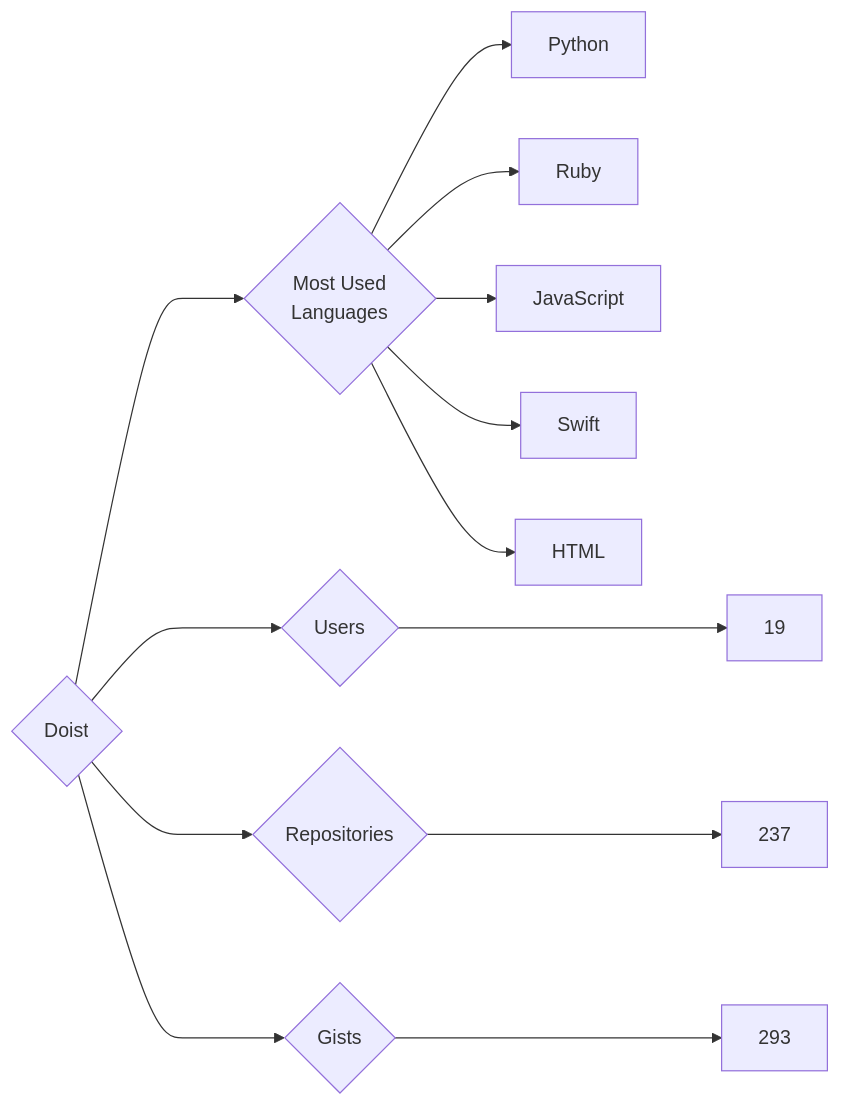
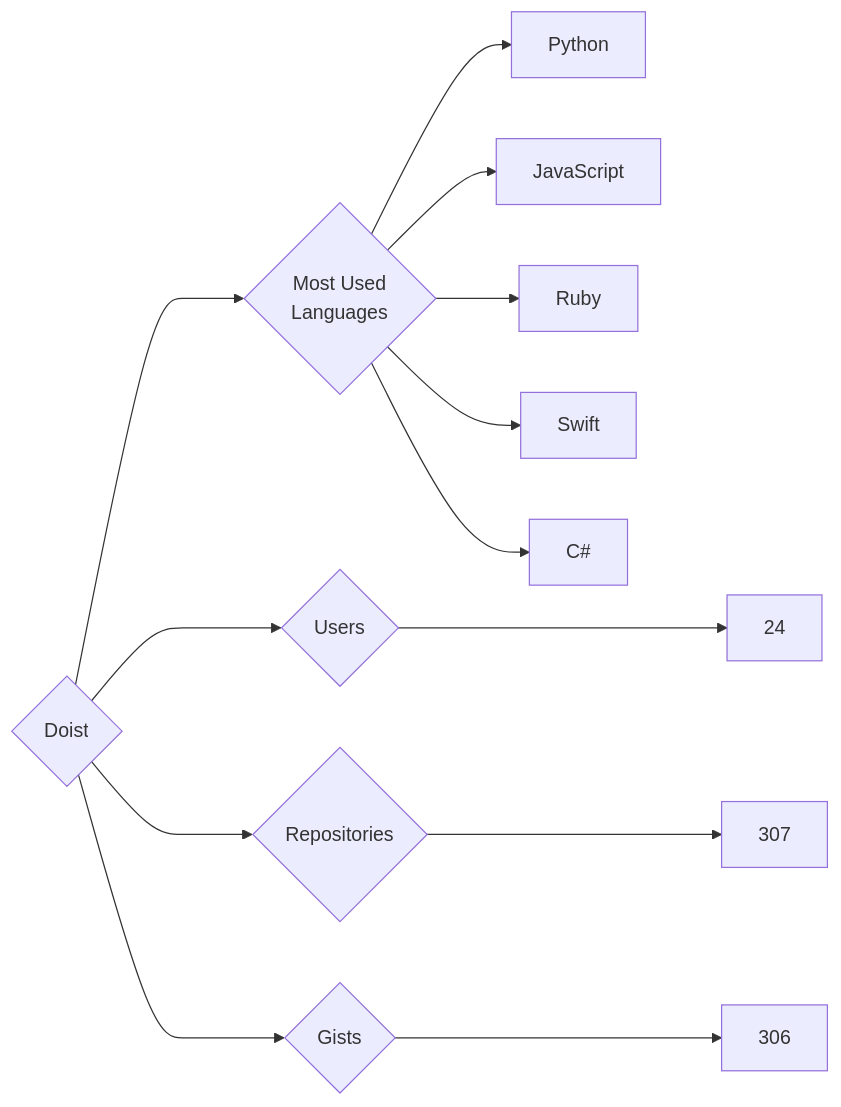
Before and after one commit to trickest/insiders: the diagram in targets/Doist/README.md, drawn with Mermaid. The commit also changed 736 other files, not shown here.

````diff
--- a/targets/Doist/README.md
+++ b/targets/Doist/README.md
@@ -3,13 +3,13 @@
 ```mermaid
 graph LR
 COMPANY_NAME{Doist}
-COMPANY_NAME ---> U{Users} ---> UN[19]
-COMPANY_NAME ---> R{Repositories} ---> RN[237]
-COMPANY_NAME ---> G{Gists} ---> GN[293]
+COMPANY_NAME ---> U{Users} ---> UN[24]
+COMPANY_NAME ---> R{Repositories} ---> RN[307]
+COMPANY_NAME ---> G{Gists} ---> GN[306]
 COMPANY_NAME ---> ML{Most Used<br>Languages}
 ML --> Python[Python]
+ML --> JavaScript[JavaScript]
 ML --> Ruby[Ruby]
-ML --> JavaScript[JavaScript]
 ML --> Swift[Swift]
-ML --> HTML[HTML]
+ML --> C#[C#]
 ```
````
